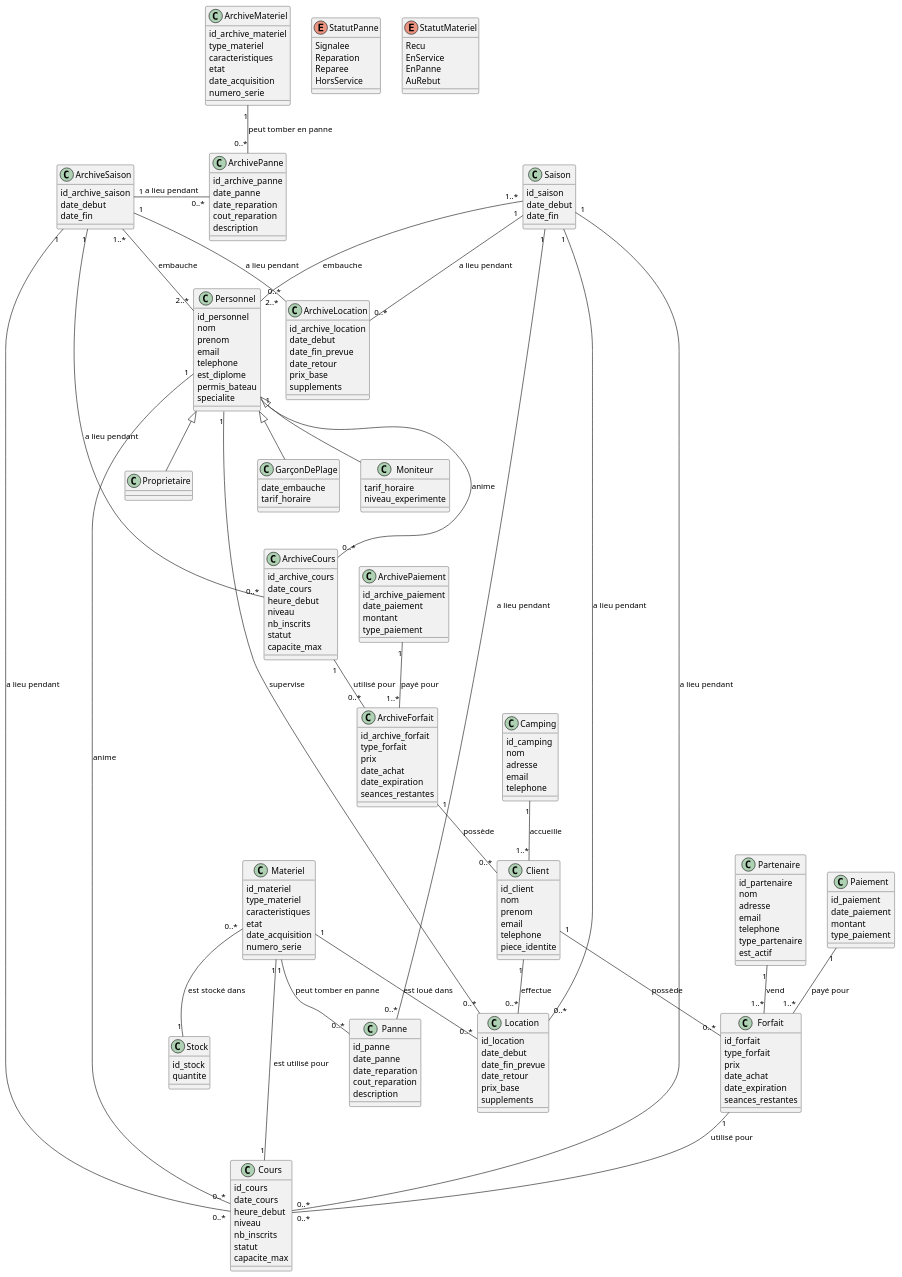
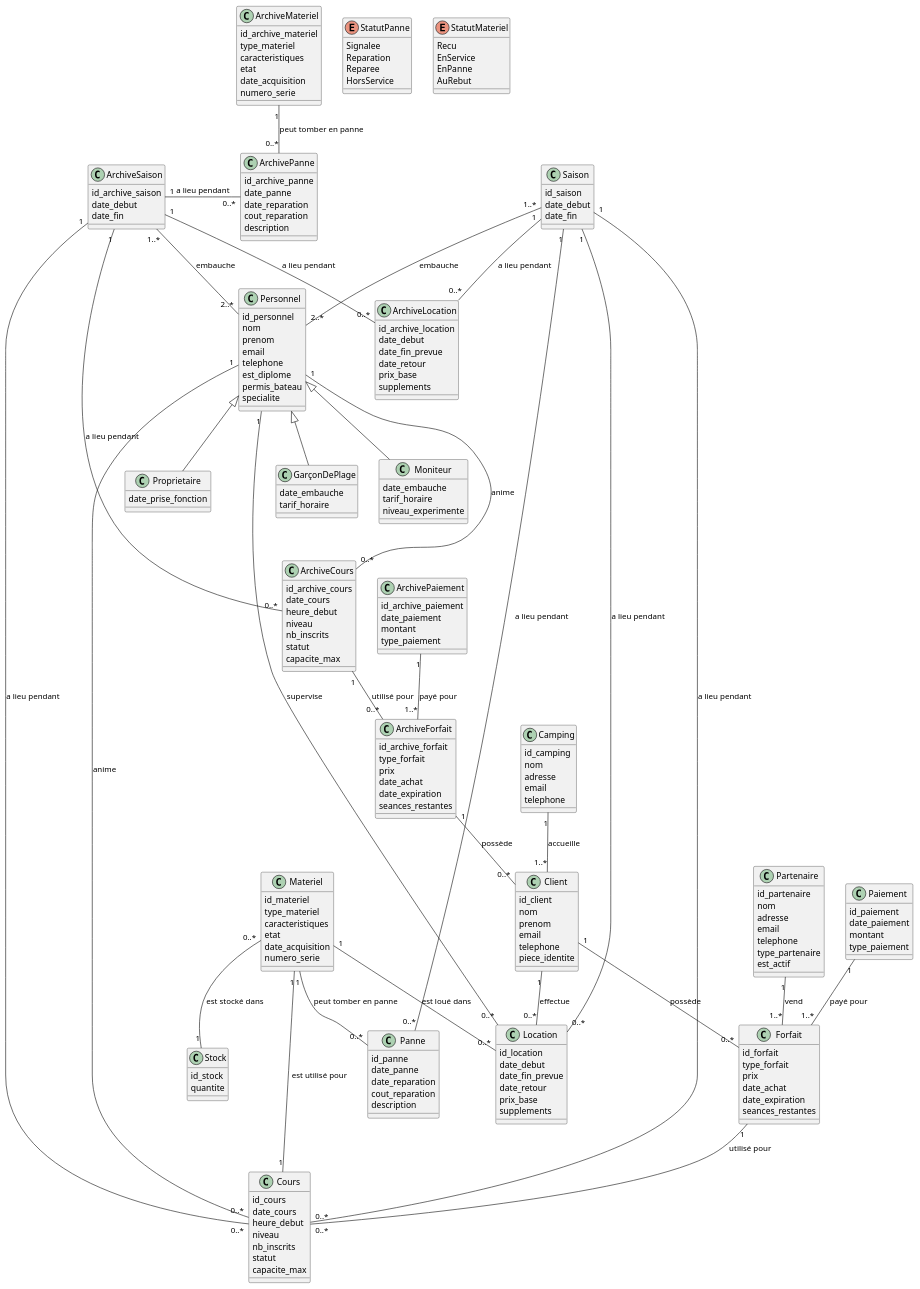
The diagram in docs/1-analysis/generalDesignClassDiagram.puml (Hugo-COLLIN/MIAGE_CSI_NauticalClub), drawn with PlantUML before and after one commit.

Commit message:
docs: adding date_embauche and date_prise_fonction

```diff
--- a/docs/1-analysis/generalDesignClassDiagram.puml
+++ b/docs/1-analysis/generalDesignClassDiagram.puml
@@ -16,11 +16,13 @@
     }
 
     class Moniteur extends Personnel {
+        date_embauche
         tarif_horaire
         niveau_experimente
     }
 
     class Proprietaire extends Personnel {
+        date_prise_fonction
     }
 
     class Saison {
```
